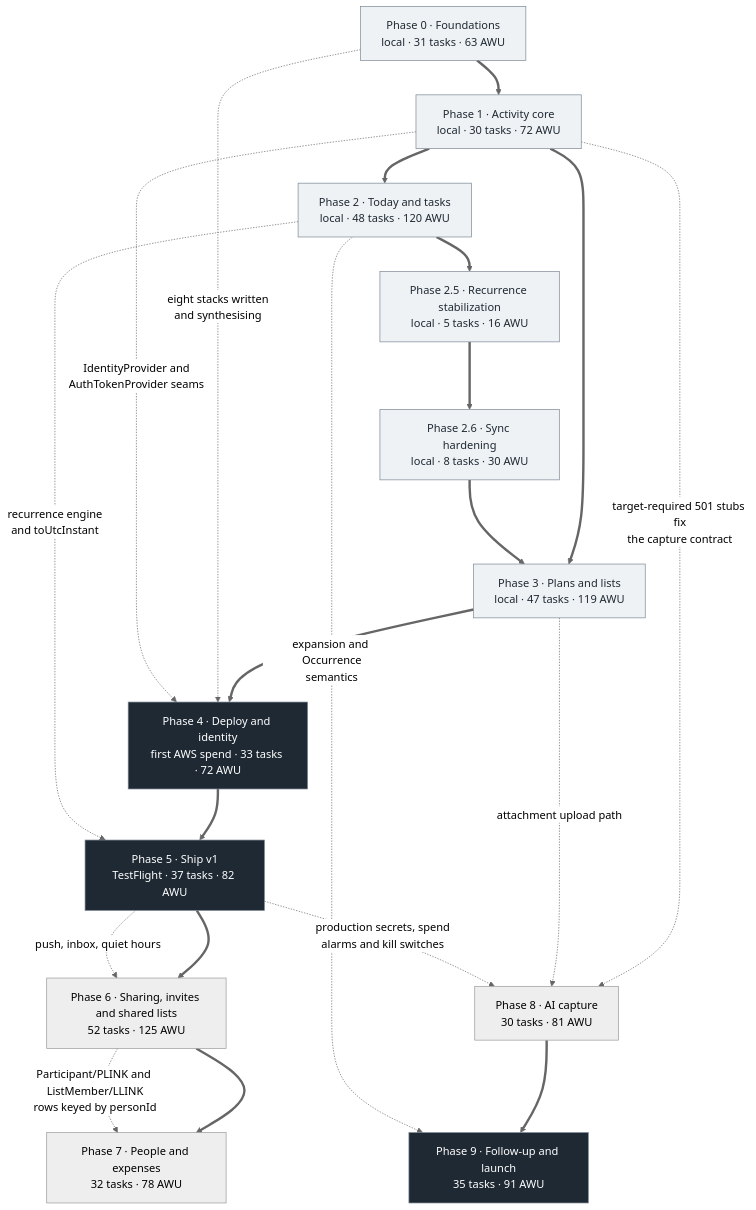
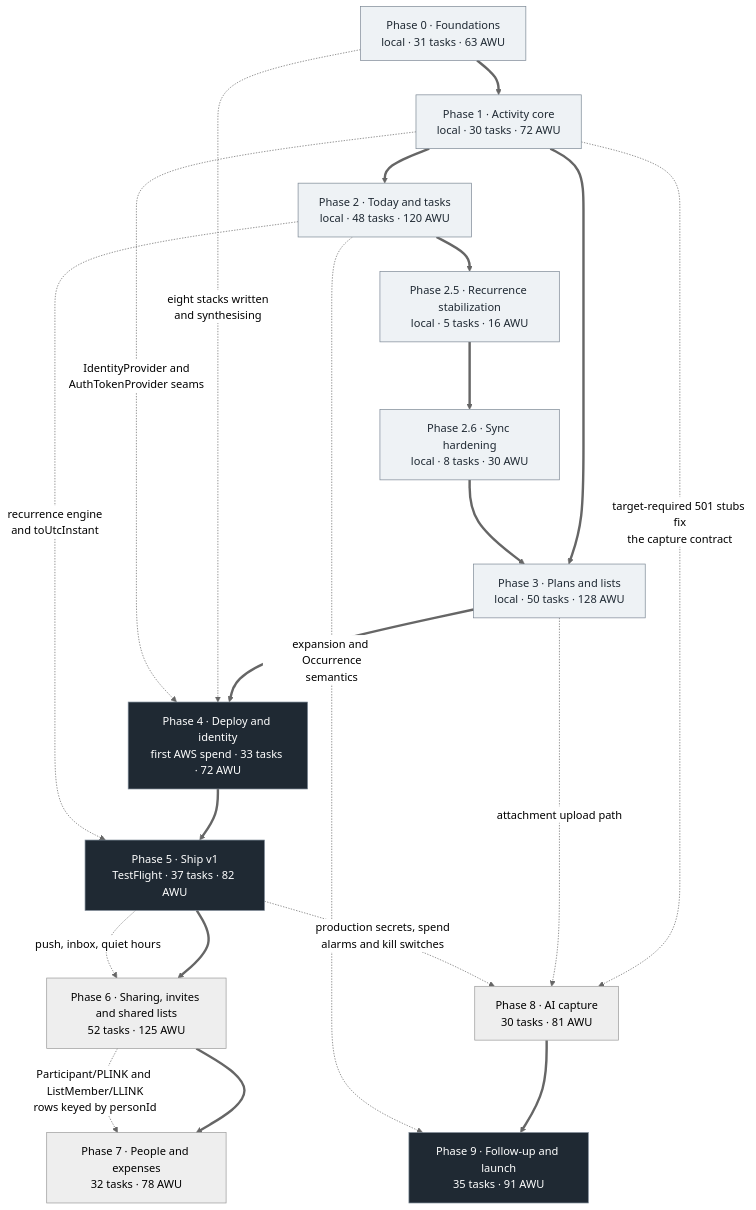
Before and after one commit to malikujjwal/ordinarydays: the diagram in docs/03-implementation/roadmap.md, drawn with Mermaid (neutral theme). The commit also changed other lines of this file and 60 other files, not shown here.

````diff
--- a/docs/03-implementation/roadmap.md
+++ b/docs/03-implementation/roadmap.md
@@ -278,42 +281,42 @@
 ```mermaid
 graph TD
     P0["Phase 0 · Foundations<br/>local · 31 tasks · 63 AWU"]
     P1["Phase 1 · Activity core<br/>local · 30 tasks · 72 AWU"]
     P2["Phase 2 · Today and tasks<br/>local · 48 tasks · 120 AWU"]
     P25["Phase 2.5 · Recurrence stabilization<br/>local · 5 tasks · 16 AWU"]
     P26["Phase 2.6 · Sync hardening<br/>local · 8 tasks · 30 AWU"]
-    P3["Phase 3 · Plans and lists<br/>local · 47 tasks · 119 AWU"]
+    P3["Phase 3 · Plans and lists<br/>local · 50 tasks · 128 AWU"]
     P4["Phase 4 · Deploy and identity<br/>first AWS spend · 33 tasks · 72 AWU"]
     P5["Phase 5 · Ship v1<br/>TestFlight · 37 tasks · 82 AWU"]
     P6["Phase 6 · Sharing, invites and shared lists<br/>52 tasks · 125 AWU"]
     P7["Phase 7 · People and expenses<br/>32 tasks · 78 AWU"]
     P8["Phase 8 · AI capture<br/>30 tasks · 81 AWU"]
     P9["Phase 9 · Follow-up and launch<br/>35 tasks · 91 AWU"]
 
     P0 ==> P1
     P1 ==> P2
     P1 ==> P3
     P2 ==> P25
     P25 ==> P26
     P26 ==> P3
     P3 ==> P4
     P4 ==> P5
     P5 ==> P6
     P6 ==> P7
     P8 ==> P9
 
     P0 -. "eight stacks written<br/>and synthesising" .-> P4
     P1 -. "IdentityProvider and<br/>AuthTokenProvider seams" .-> P4
     P1 -. "target-required 501 stubs fix<br/>the capture contract" .-> P8
     P2 -. "recurrence engine<br/>and toUtcInstant" .-> P5
     P2 -. "expansion and Occurrence<br/>semantics" .-> P9
     P3 -. "attachment upload path" .-> P8
     P5 -. "production secrets, spend<br/>alarms and kill switches" .-> P8
     P5 -. "push, inbox, quiet hours" .-> P6
     P6 -. "Participant/PLINK and ListMember/LLINK<br/>rows keyed by personId" .-> P7
 
     classDef local fill:#eef2f5,stroke:#7b8794,color:#1f2933
     classDef ship fill:#1f2933,stroke:#7b8794,color:#ffffff
     class P0,P1,P2,P25,P26,P3 local
     class P4,P5,P9 ship
 ```
````
